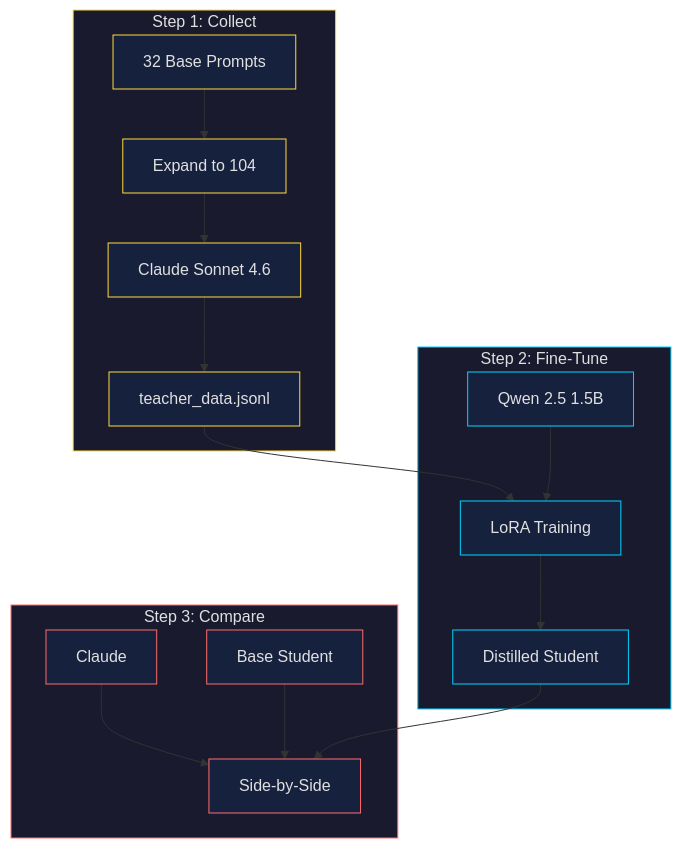
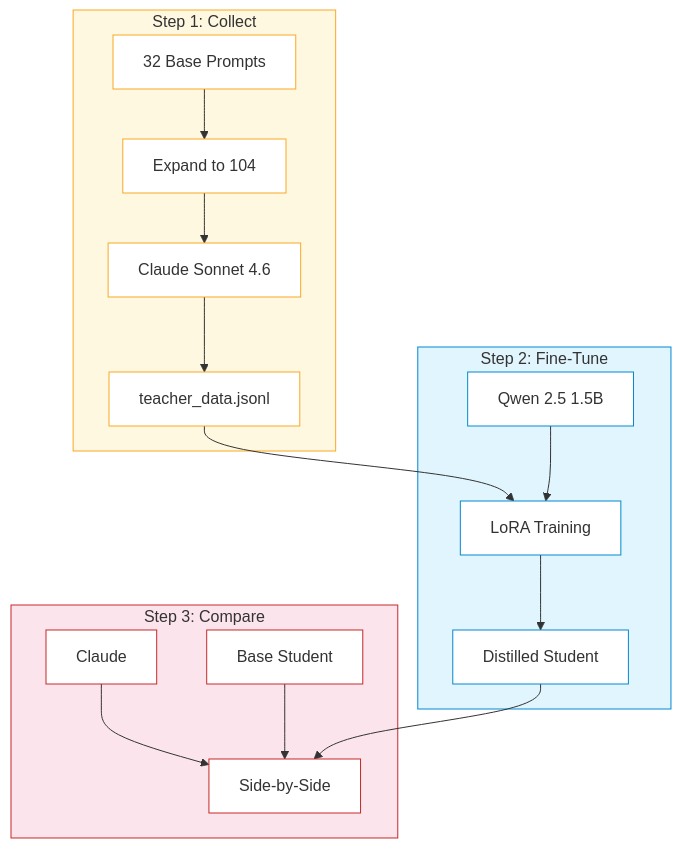
One commit to kousen/AI_distilling changed the diagram in RESULTS.md. Above: the diagram before and after it, drawn with Mermaid. The commit also changed 1 other file, not shown here.

Commit message:
Switch pipeline diagram to light theme for GitHub readability
Dark fills hid arrows and fought GitHub's white background.
Now uses white node fills with colored borders (amber/blue/red)
and dark text. Arrows and labels visible on both light and dark.

````diff
--- a/RESULTS.md
+++ b/RESULTS.md
@@ -8,34 +8,34 @@
 ```mermaid
 flowchart TD
     subgraph step1["Step 1: Collect"]
         P["32 Base Prompts"] --> EXP["Expand to 104"]
         EXP --> API["Claude Sonnet 4.6"]
         API --> D["teacher_data.jsonl"]
     end
 
     subgraph step2["Step 2: Fine-Tune"]
         D --> LORA["LoRA Training"]
         BASE["Qwen 2.5 1.5B"] --> LORA
         LORA --> DIST["Distilled Student"]
     end
 
     subgraph step3["Step 3: Compare"]
         TEACHER["Claude"] --> CMP["Side-by-Side"]
         BASE2["Base Student"] --> CMP
         DIST --> CMP
     end
 
-    style step1 fill:#1a1a2e,stroke:#ffd93d,color:#e0e0e0
-    style step2 fill:#1a1a2e,stroke:#00d4ff,color:#e0e0e0
-    style step3 fill:#1a1a2e,stroke:#ff6b6b,color:#e0e0e0
-    style P fill:#16213e,stroke:#ffd93d,color:#e0e0e0
-    style EXP fill:#16213e,stroke:#ffd93d,color:#e0e0e0
-    style API fill:#16213e,stroke:#ffd93d,color:#e0e0e0
-    style D fill:#16213e,stroke:#ffd93d,color:#e0e0e0
-    style LORA fill:#16213e,stroke:#00d4ff,color:#e0e0e0
-    style BASE fill:#16213e,stroke:#00d4ff,color:#e0e0e0
-    style DIST fill:#16213e,stroke:#00d4ff,color:#e0e0e0
-    style TEACHER fill:#16213e,stroke:#ff6b6b,color:#e0e0e0
-    style BASE2 fill:#16213e,stroke:#ff6b6b,color:#e0e0e0
-    style CMP fill:#16213e,stroke:#ff6b6b,color:#e0e0e0
+    style step1 fill:#fff8e1,stroke:#f9a825,color:#333
+    style step2 fill:#e1f5fe,stroke:#0288d1,color:#333
+    style step3 fill:#fce4ec,stroke:#c62828,color:#333
+    style P fill:#fff,stroke:#f9a825,color:#333
+    style EXP fill:#fff,stroke:#f9a825,color:#333
+    style API fill:#fff,stroke:#f9a825,color:#333
+    style D fill:#fff,stroke:#f9a825,color:#333
+    style LORA fill:#fff,stroke:#0288d1,color:#333
+    style BASE fill:#fff,stroke:#0288d1,color:#333
+    style DIST fill:#fff,stroke:#0288d1,color:#333
+    style TEACHER fill:#fff,stroke:#c62828,color:#333
+    style BASE2 fill:#fff,stroke:#c62828,color:#333
+    style CMP fill:#fff,stroke:#c62828,color:#333
 ```
````
